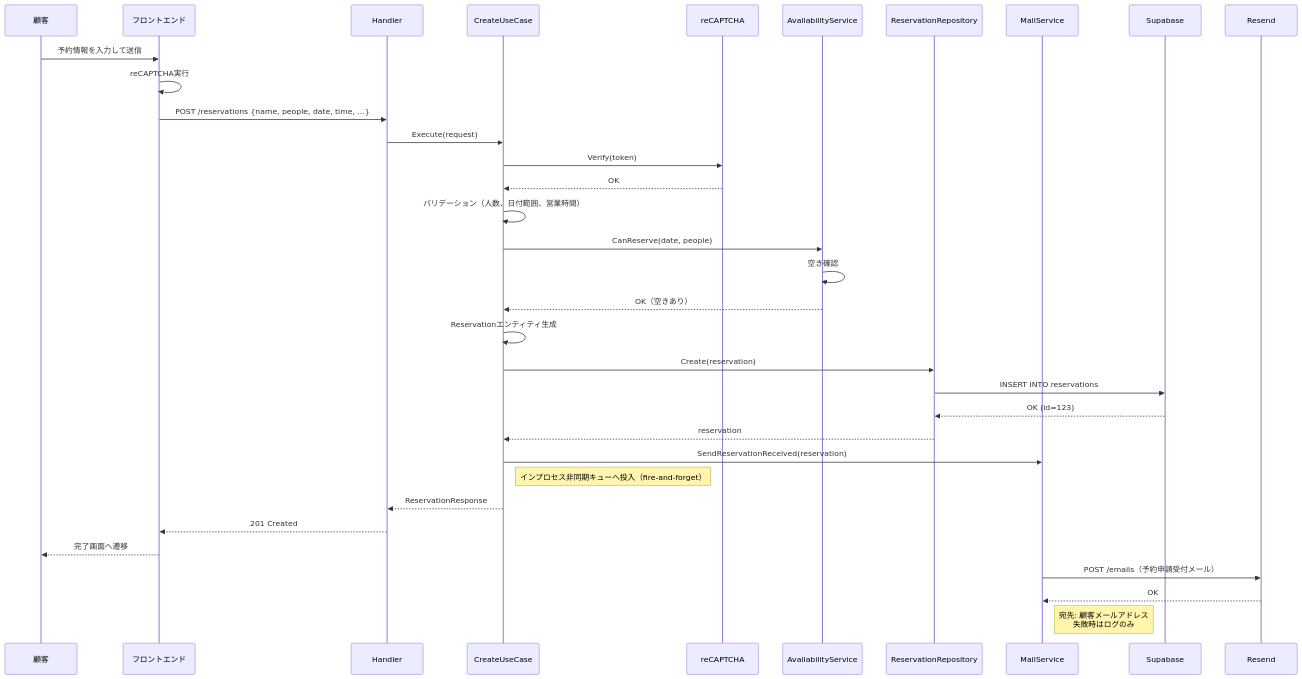
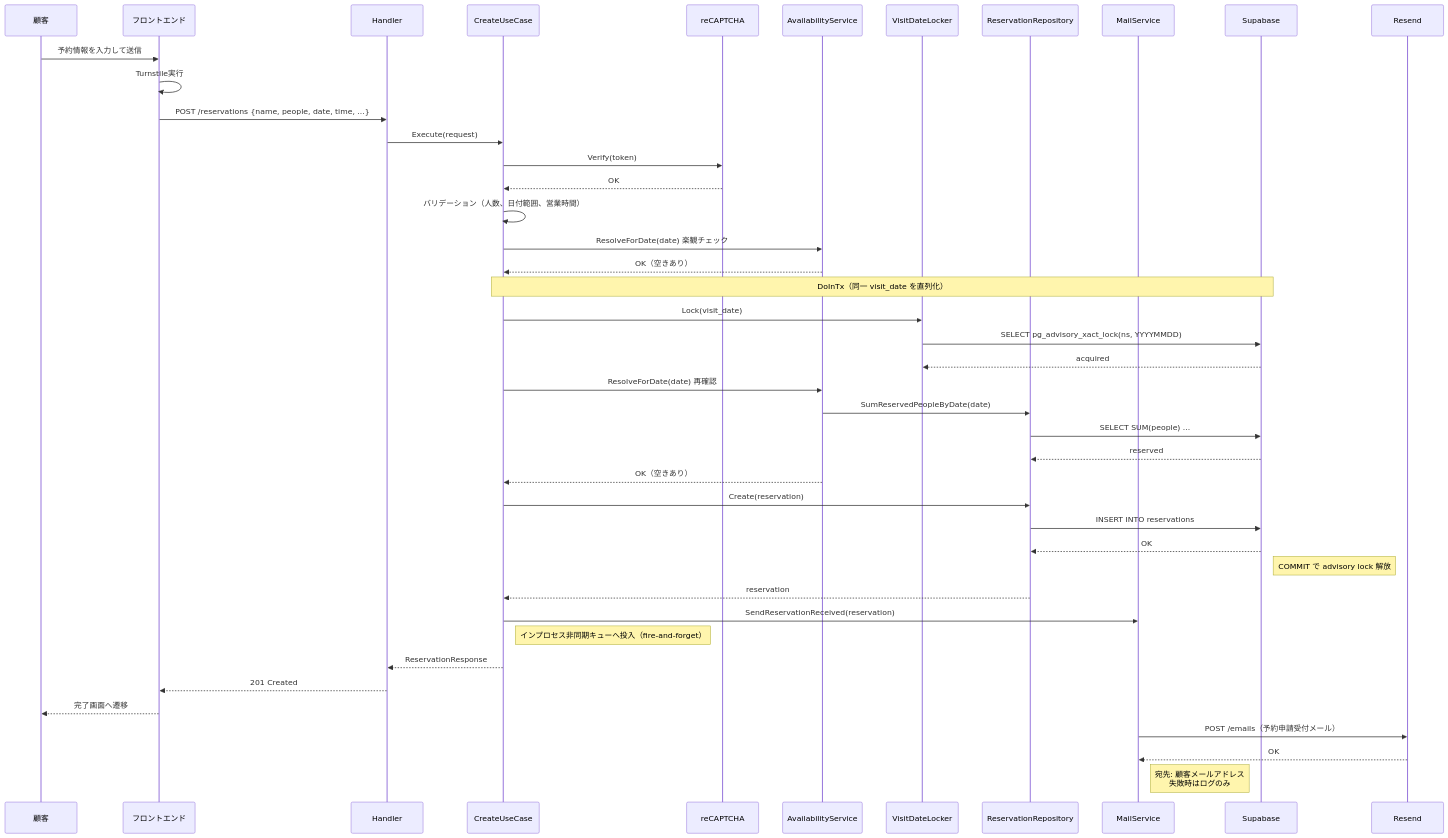
One commit to cergijame101007/satehits changed the second of 16 diagrams in docs/sequence.md. Above: the diagram before and after it, drawn with Mermaid. The commit also changed 8 other files, not shown here.

First line of the commit message:
feat: 同一来店日の予約作成に advisory lock を追加 (#26)

````diff
--- a/docs/sequence.md
+++ b/docs/sequence.md
@@ -44,44 +44,54 @@
 ```mermaid
 sequenceDiagram
     participant Customer as 顧客
     participant Frontend as フロントエンド
     participant Handler as Handler
     participant UseCase as CreateUseCase
     participant ReCaptcha as reCAPTCHA
     participant AvailService as AvailabilityService
+    participant Locker as VisitDateLocker
     participant ReservationRepo as ReservationRepository
     participant MailService as MailService
     participant DB as Supabase
     participant Resend as Resend
 
     Customer->>Frontend: 予約情報を入力して送信
-    Frontend->>Frontend: reCAPTCHA実行
+    Frontend->>Frontend: Turnstile実行
     Frontend->>Handler: POST /reservations {name, people, date, time, ...}
     
     Handler->>UseCase: Execute(request)
     
     UseCase->>ReCaptcha: Verify(token)
     ReCaptcha-->>UseCase: OK
     
     UseCase->>UseCase: バリデーション（人数、日付範囲、営業時間）
     
-    UseCase->>AvailService: CanReserve(date, people)
-    AvailService->>AvailService: 空き確認
+    UseCase->>AvailService: ResolveForDate(date) 楽観チェック
+    AvailService-->>UseCase: OK（空きあり）
+
+    Note over UseCase,DB: DoInTx（同一 visit_date を直列化）
+    UseCase->>Locker: Lock(visit_date)
+    Locker->>DB: SELECT pg_advisory_xact_lock(ns, YYYYMMDD)
+    DB-->>Locker: acquired
+    UseCase->>AvailService: ResolveForDate(date) 再確認
+    AvailService->>ReservationRepo: SumReservedPeopleByDate(date)
+    ReservationRepo->>DB: SELECT SUM(people) ...
+    DB-->>ReservationRepo: reserved
     AvailService-->>UseCase: OK（空きあり）
     
-    UseCase->>UseCase: Reservationエンティティ生成
     UseCase->>ReservationRepo: Create(reservation)
     ReservationRepo->>DB: INSERT INTO reservations
-    DB-->>ReservationRepo: OK (id=123)
+    DB-->>ReservationRepo: OK
+    Note right of DB: COMMIT で advisory lock 解放
     ReservationRepo-->>UseCase: reservation
     
     UseCase->>MailService: SendReservationReceived(reservation)
     Note right of UseCase: インプロセス非同期キューへ投入（fire-and-forget）
     UseCase-->>Handler: ReservationResponse
     Handler-->>Frontend: 201 Created
     Frontend-->>Customer: 完了画面へ遷移
 
     MailService->>Resend: POST /emails（予約申請受付メール）
     Resend-->>MailService: OK
     Note right of MailService: 宛先: 顧客メールアドレス<br>失敗時はログのみ
 ```
````
